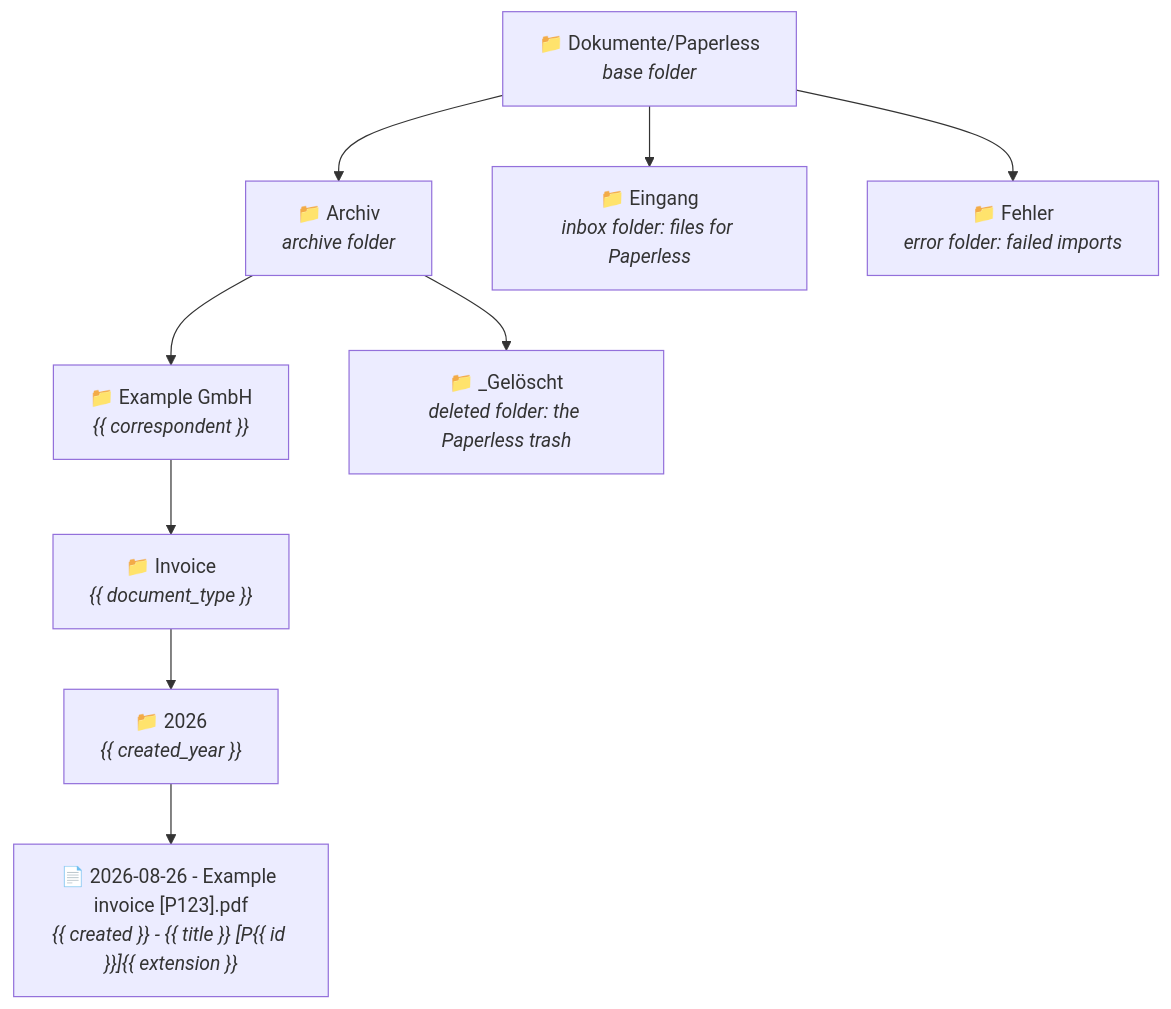
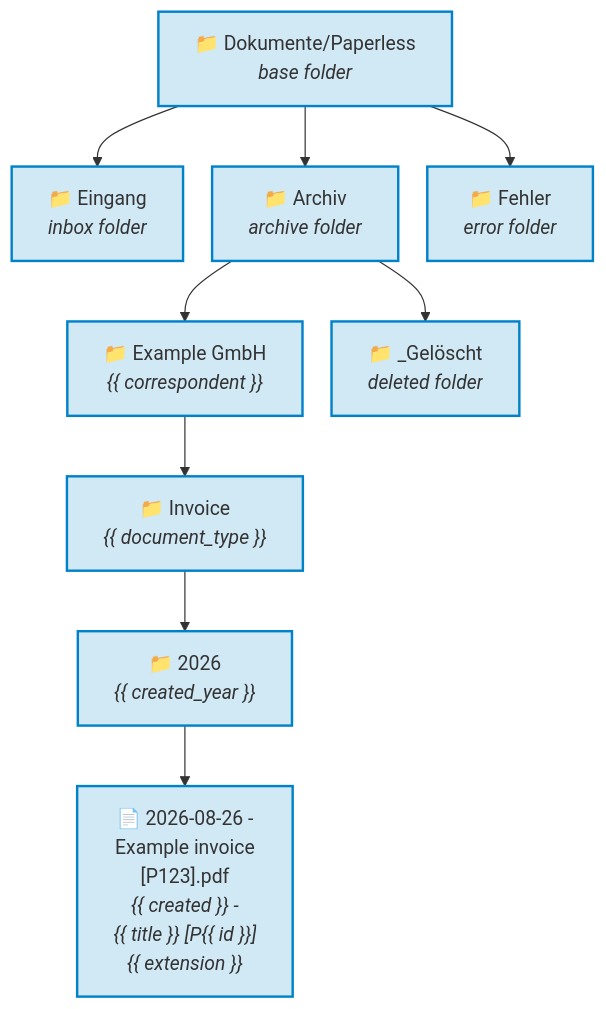
The second of 7 diagrams in README.md (Dennis-Otto/paperless-sync), drawn with Mermaid before and after one commit. The commit also changed other lines of this file and 4 other files, not shown here.

First line of the commit message:
docs: readable and accessible diagrams on the website (#100)

````diff
--- a/README.md
+++ b/README.md
@@ -133,11 +154,27 @@
 ```mermaid
-flowchart TD
-    base["📁 Dokumente/Paperless<br><i>base folder</i>"] --> archive["📁 Archiv<br><i>archive folder</i>"]
-    base --> inbox["📁 Eingang<br><i>inbox folder: files for Paperless</i>"]
-    base --> errors["📁 Fehler<br><i>error folder: failed imports</i>"]
-    archive --> correspondent["📁 Example GmbH<br><i>{{ correspondent }}</i>"]
-    archive --> deleted["📁 _Gelöscht<br><i>deleted folder: the Paperless trash</i>"]
-    correspondent --> type["📁 Invoice<br><i>{{ document_type }}</i>"]
-    type --> year["📁 2026<br><i>{{ created_year }}</i>"]
-    year --> file["📄 2026-08-26 - Example invoice [P123].pdf<br><i>{{ created }} - {{ title }} [P{{ id }}]{{ extension }}</i>"]
+---
+config:
+  flowchart:
+    nodeSpacing: 24
+---
+flowchart TB
+    accTitle: The folders of the default path template
+    accDescr: The base folder Dokumente/Paperless holds three folders: Eingang, the inbox folder; Archiv, the archive folder; and Fehler, the error folder. Archiv holds a folder per correspondent, such as Example GmbH, and _Gelöscht, the deleted folder. In the folder of a correspondent, a folder per document type, such as Invoice, holds a folder per year, such as 2026, which holds the file 2026-08-26 - Example invoice [P123].pdf, built from created, title, the marker with the id and the extension.
+
+    base["📁 Dokumente/Paperless<br><i>base folder</i>"]
+    inbox["📁 Eingang<br><i>inbox folder</i>"]
+    archive["📁 Archiv<br><i>archive folder</i>"]
+    errors["📁 Fehler<br><i>error folder</i>"]
+    correspondent["📁 Example GmbH<br><i>{{ correspondent }}</i>"]
+    deleted["📁 _Gelöscht<br><i>deleted folder</i>"]
+    type["📁 Invoice<br><i>{{ document_type }}</i>"]
+    year["📁 2026<br><i>{{ created_year }}</i>"]
+    file["📄 2026-08-26 -<br>Example invoice<br>[P123].pdf<br><i>{{ created }} -<br>{{ title }} [P{{ id }}]<br>{{ extension }}</i>"]
+
+    base --> inbox & archive & errors
+    archive --> correspondent & deleted
+    correspondent --> type --> year --> file
+
+    classDef nextcloud fill:#0082c92e,stroke:#0082c9,stroke-width:2px
+    class base,archive,inbox,errors,correspondent,deleted,type,year,file nextcloud
 ```
````
